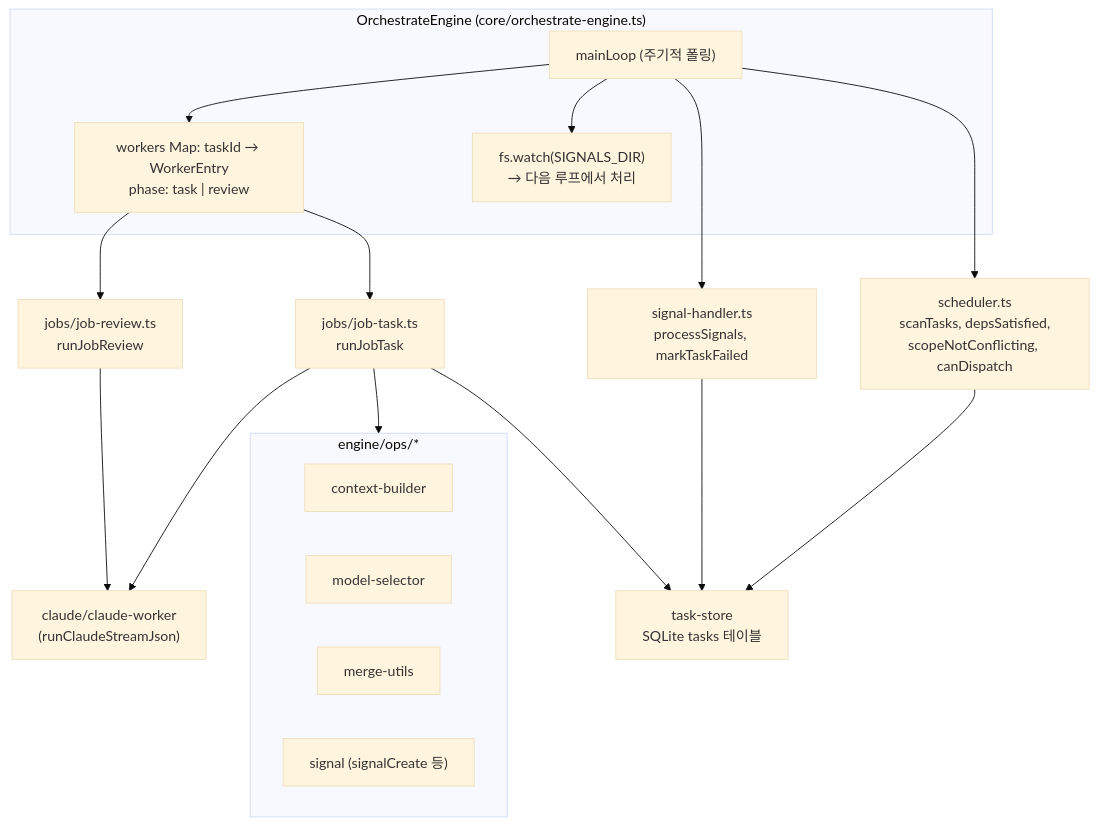
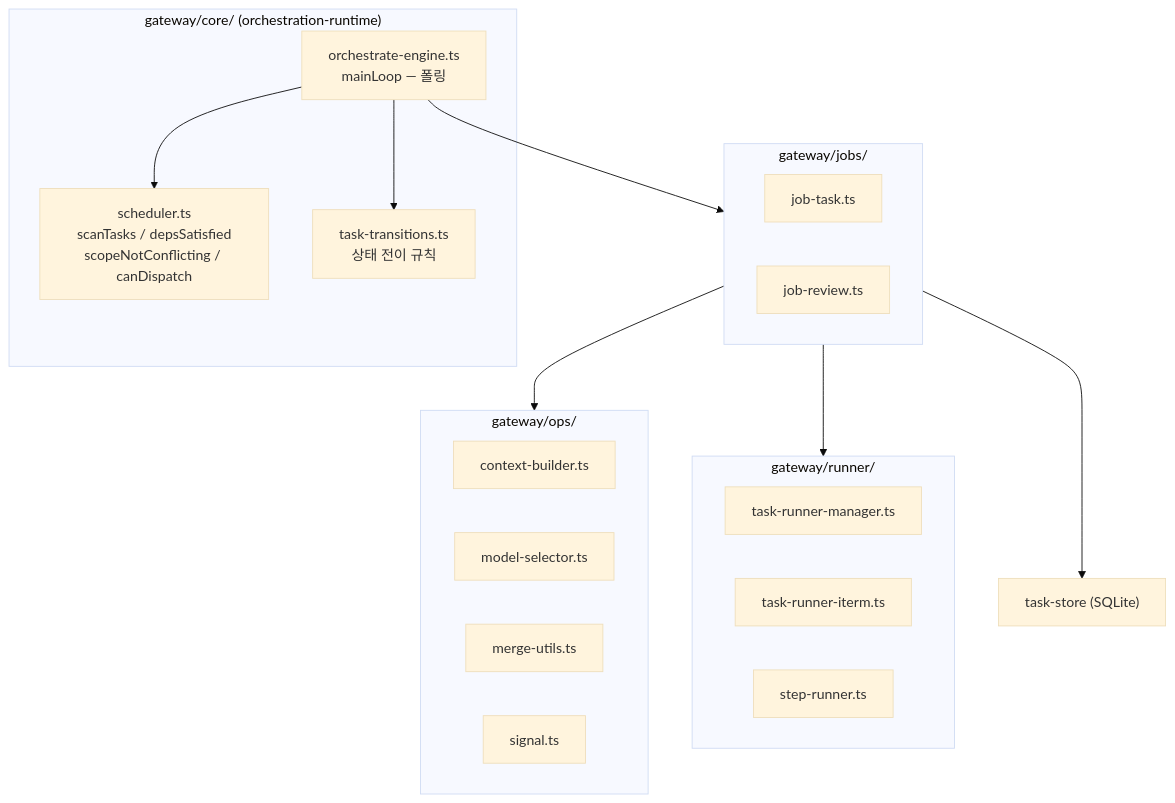
The second of 4 diagrams in docs/architecture/orchestrator-node-architecture.md (sdadaniel/orchestation), drawn with Mermaid (base theme) before and after one commit. The commit also changed other lines of this file, not shown here.

First line of the commit message:
docs(arch): rewrite orchestrator-node-architecture for gateway + ws

````diff
--- a/docs/architecture/orchestrator-node-architecture.md
+++ b/docs/architecture/orchestrator-node-architecture.md
@@ -57,37 +53,33 @@
 ```mermaid
 flowchart TB
-  subgraph engine["OrchestrateEngine (core/orchestrate-engine.ts)"]
-    loop["mainLoop (주기적 폴링)"]
-    workers["workers Map: taskId → WorkerEntry\nphase: task | review"]
-    watcher["fs.watch(SIGNALS_DIR)\n→ 다음 루프에서 처리"]
-    loop --> workers
-    loop --> watcher
+  subgraph engine_layer["gateway/core/ (orchestration-runtime)"]
+    main_loop["orchestrate-engine.ts\nmainLoop — 폴링"]
+    scheduler["scheduler.ts\nscanTasks / depsSatisfied\nscopeNotConflicting / canDispatch"]
+    transitions["task-transitions.ts\n상태 전이 규칙"]
+    main_loop --> scheduler
+    main_loop --> transitions
   end
 
-  sched["scheduler.ts\nscanTasks, depsSatisfied,\nscopeNotConflicting, canDispatch"]
-  sig["signal-handler.ts\nprocessSignals, markTaskFailed"]
-  jt["jobs/job-task.ts\nrunJobTask"]
-  jr["jobs/job-review.ts\nrunJobReview"]
-
-  loop --> sched
-  loop --> sig
-
-  workers --> jt
-  workers --> jr
-
-  subgraph ops_layer["engine/ops/*"]
-    ctx["context-builder"]
-    model["model-selector"]
-    merge["merge-utils"]
-    sigop["signal (signalCreate 등)"]
+  subgraph jobs_layer["gateway/jobs/"]
+    job_task["job-task.ts"]
+    job_review["job-review.ts"]
   end
 
-  jt --> ops_layer
-  jt --> cw["claude/claude-worker\n(runClaudeStreamJson)"]
-  jr --> cw
+  subgraph ops_layer["gateway/ops/"]
+    ctx["context-builder.ts"]
+    model["model-selector.ts"]
+    merge["merge-utils.ts"]
+    signal["signal.ts"]
+  end
 
-  store["task-store\nSQLite tasks 테이블"]
-  sched --> store
-  sig --> store
-  jt --> store
+  subgraph runner_layer["gateway/runner/"]
+    runner_mgr["task-runner-manager.ts"]
+    runner_iterm["task-runner-iterm.ts"]
+    step_runner["step-runner.ts"]
+  end
+
+  main_loop --> jobs_layer
+  jobs_layer --> ops_layer
+  jobs_layer --> runner_layer
+  jobs_layer --> store2["task-store (SQLite)"]
 ```
````
